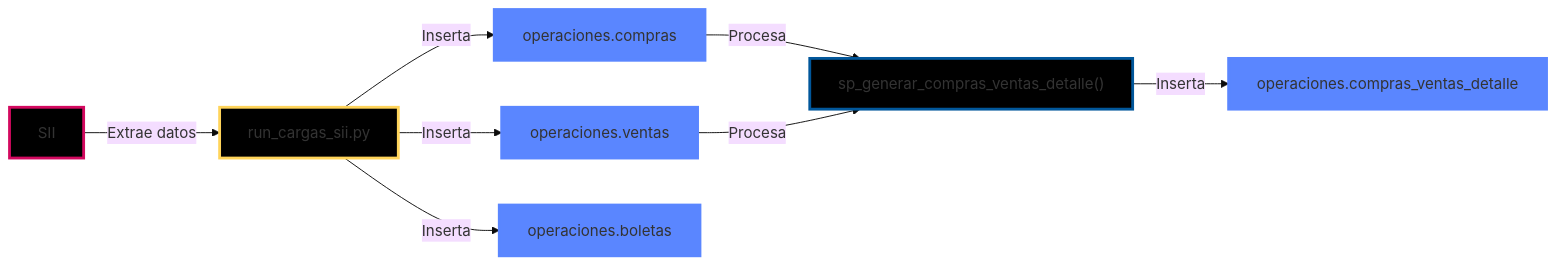
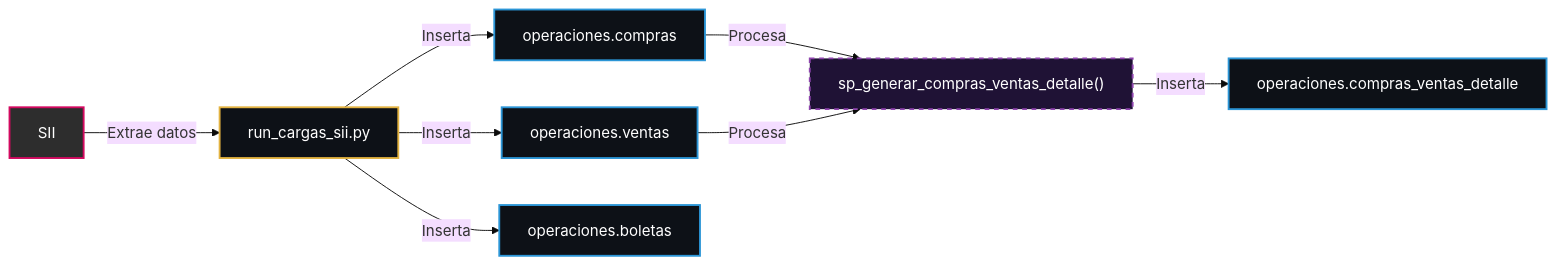
Before and after one commit to ChrisTkm/jean_d_arc: the third of 9 diagrams in src/content/docs/arquitectura/diagramas.md, drawn with Mermaid (base theme). The commit also changed other lines of this file and 8 other files, not shown here.

Commit message:
docs: Add comprehensive documentation for accounting remuneration, system architecture, and security practices including various diagrams.

````diff
--- a/src/content/docs/arquitectura/diagramas.md
+++ b/src/content/docs/arquitectura/diagramas.md
@@ -201,22 +159,22 @@
 ```mermaid
 flowchart LR
     SII["SII"] -->|Extrae datos| RCS["run_cargas_sii.py"]
     RCS -->|Inserta| OPC["operaciones.compras"]
     RCS -->|Inserta| OPV["operaciones.ventas"]
     RCS -->|Inserta| OPB["operaciones.boletas"]
     
     OPC -->|Procesa| SP["sp_generar_compras_ventas_detalle()"]
     OPV -->|Procesa| SP
     
     SP -->|Inserta| CVD["operaciones.compras_ventas_detalle"]
     
-    classDef externos fill:#000,stroke:#d3095f,stroke-width:3px
-    classDef loaders fill:#000,stroke:#ffd45a,stroke-width:3px
-    classDef producers fill:#000,stroke:#01579b,stroke-width:3px
-    classDef tablas fill:#5a86ff,stroke:#5a86ff,stroke-width:3px
+    classDef ext fill:#2d2d2d,stroke:#d3095f,stroke-width:2px,color:#fff;
+    classDef py fill:#0d1117,stroke:#e3b341,stroke-width:2px,color:#fff;
+    classDef sp fill:#1f1235,stroke:#8e44ad,stroke-width:2px,stroke-dasharray: 5 5,color:#fff;
+    classDef db fill:#0d1117,stroke:#2b95d6,stroke-width:2px,color:#fff;
     
-    class SII externos
-    class RCS loaders
-    class SP producers
-    class OPC,OPV,OPB,CVD tablas
+    class SII ext
+    class RCS py
+    class SP sp
+    class OPC,OPV,OPB,CVD db
 ```
````
